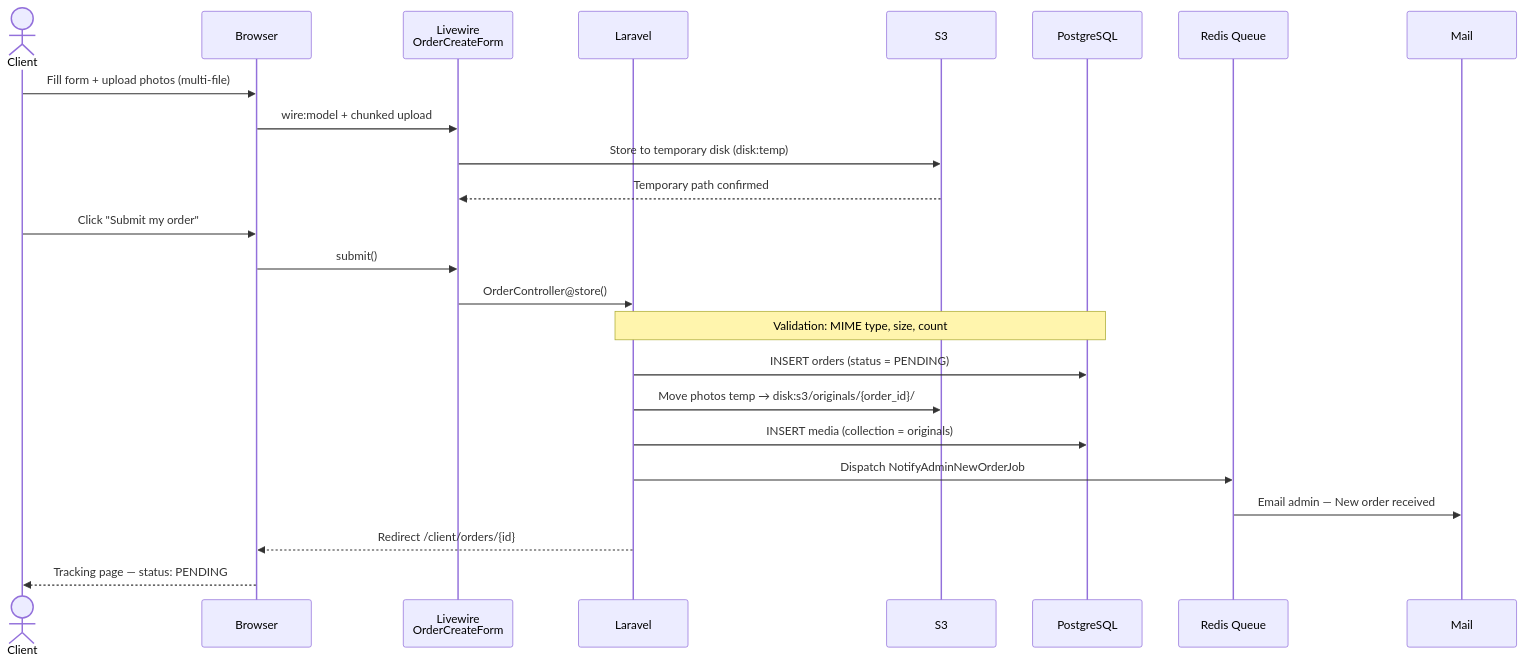
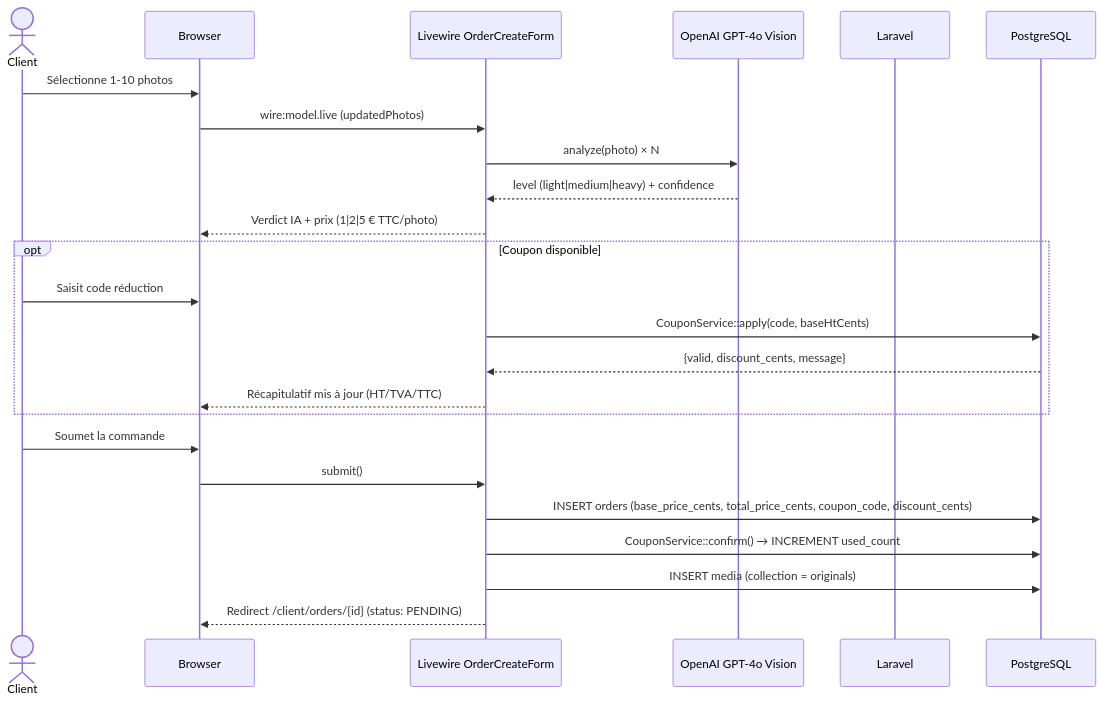
Before and after one commit to zyrass/OmnyRestore: the fourth of 12 diagrams in docs/architecture.mdx, drawn with Mermaid. The commit also changed other lines of this file and 1 other file, not shown here.

Commit message:
docs(phase-9): v0.8.1 - section 11bis patch, ZIP exclusion impl, recalcul prix coupon, worst-case fix; architecture.mdx ERD+sequences Phase9

````diff
--- a/docs/architecture.mdx
+++ b/docs/architecture.mdx
@@ -206,31 +223,29 @@
 ```mermaid
 sequenceDiagram
     actor Client
     participant Browser
-    participant Livewire as Livewire<br/>OrderCreateForm
+    participant Livewire as Livewire OrderCreateForm
+    participant OpenAI as OpenAI GPT-4o Vision
     participant Laravel
-    participant S3
     participant DB as PostgreSQL
-    participant Queue as Redis Queue
-    participant Mail
 
-    Client->>Browser: Fill form + upload photos (multi-file)
-    Browser->>Livewire: wire:model + chunked upload
-    Livewire->>S3: Store to temporary disk (disk:temp)
-    S3-->>Livewire: Temporary path confirmed
+    Client->>Browser: Sélectionne 1-10 photos
+    Browser->>Livewire: wire:model.live (updatedPhotos)
+    Livewire->>OpenAI: analyze(photo) × N
+    OpenAI-->>Livewire: level (light|medium|heavy) + confidence
+    Livewire-->>Browser: Verdict IA + prix (1|2|5 € TTC/photo)
 
-    Client->>Browser: Click "Submit my order"
+    opt Coupon disponible
+        Client->>Browser: Saisit code réduction
+        Livewire->>DB: CouponService::apply(code, baseHtCents)
+        DB-->>Livewire: {valid, discount_cents, message}
+        Livewire-->>Browser: Récapitulatif mis à jour (HT/TVA/TTC)
+    end
+
+    Client->>Browser: Soumet la commande
     Browser->>Livewire: submit()
-    Livewire->>Laravel: OrderController@store()
-
-    Note over Laravel,DB: Validation: MIME type, size, count
-
-    Laravel->>DB: INSERT orders (status = PENDING)
-    Laravel->>S3: Move photos temp → disk:s3/originals/{order_id}/
-    Laravel->>DB: INSERT media (collection = originals)
-    Laravel->>Queue: Dispatch NotifyAdminNewOrderJob
-    Queue->>Mail: Email admin — New order received
-
-    Laravel-->>Browser: Redirect /client/orders/{id}
-    Browser-->>Client: Tracking page — status: PENDING
+    Livewire->>DB: INSERT orders (base_price_cents, total_price_cents, coupon_code, discount_cents)
+    Livewire->>DB: CouponService::confirm() → INCREMENT used_count
+    Livewire->>DB: INSERT media (collection = originals)
+    Livewire-->>Browser: Redirect /client/orders/{id} (status: PENDING)
 ```
````
